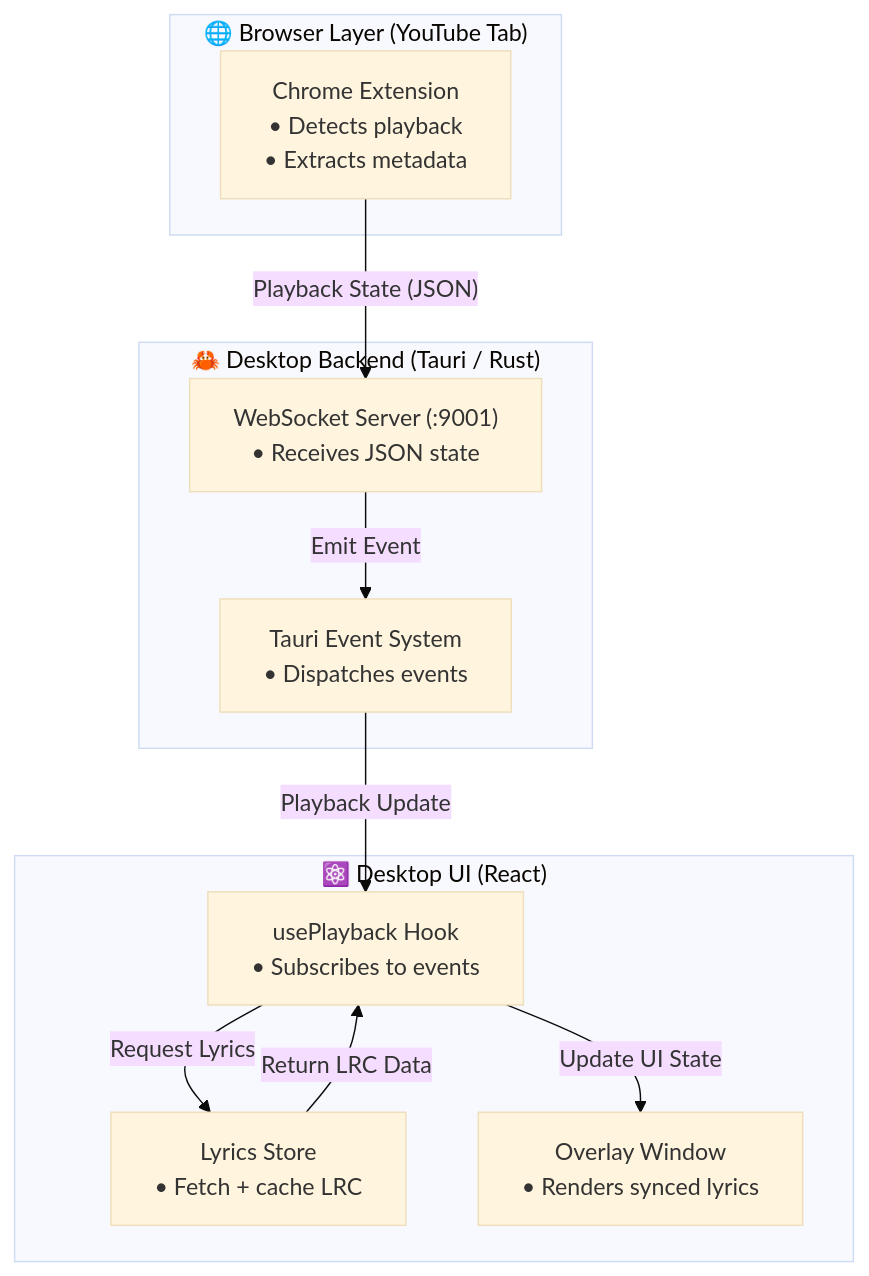
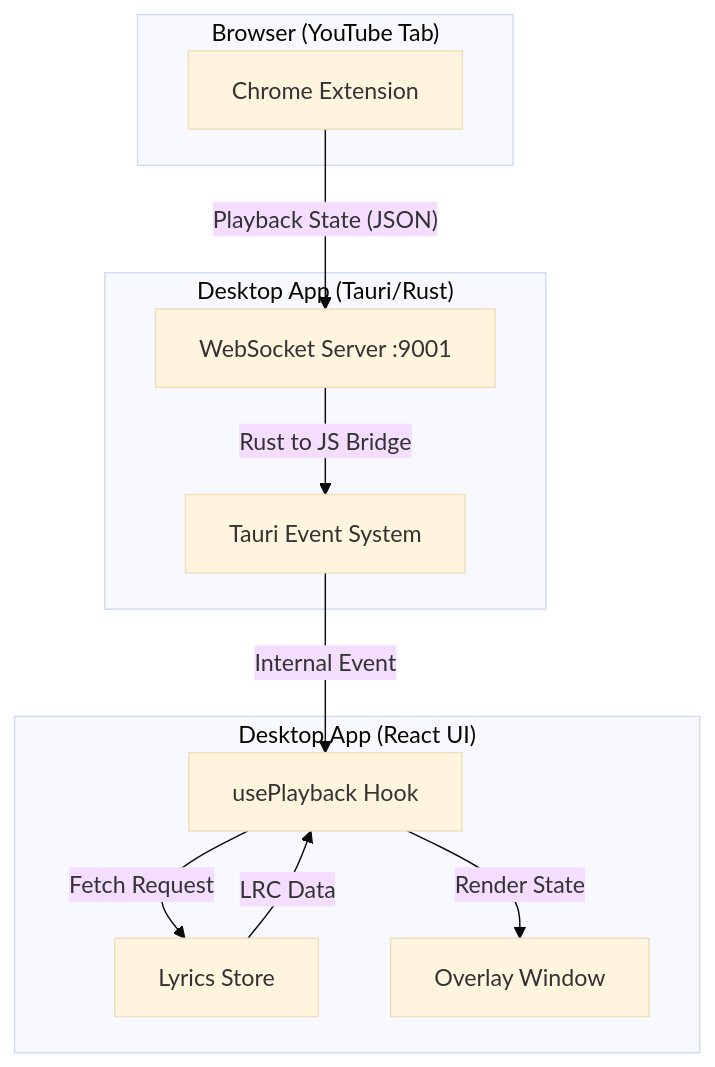
The diagram in README.md (Biki-dev/lyric-overlay), drawn with Mermaid (base theme) before and after one commit. The commit also changed other lines of this file, not shown here.

Commit message:
core logic about lrc api

````diff
--- a/README.md
+++ b/README.md
@@ -35,24 +34,24 @@
 ```mermaid
-flowchart TD
-    subgraph B["🌐 Browser Layer (YouTube Tab)"]
-        EXT["Chrome Extension\n• Detects playback\n• Extracts metadata"]
+graph TD
+    subgraph "Browser (YouTube Tab)"
+        Ext[Chrome Extension]
     end
 
-    subgraph R["🦀 Desktop Backend (Tauri / Rust)"]
-        WS["WebSocket Server (:9001)\n• Receives JSON state"]
-        EVT["Tauri Event System\n• Dispatches events"]
+    subgraph "Desktop App (Tauri/Rust)"
+        WS[WebSocket Server :9001]
+        Tauri[Tauri Event System]
     end
 
-    subgraph F["⚛️ Desktop UI (React)"]
-        HOOK["usePlayback Hook\n• Subscribes to events"]
-        STORE["Lyrics Store\n• Fetch + cache LRC"]
-        UI["Overlay Window\n• Renders synced lyrics"]
+    subgraph "Desktop App (React UI)"
+        Hook[usePlayback Hook]
+        Store[Lyrics Store]
+        UI[Overlay Window]
     end
 
-    EXT -->|"Playback State (JSON)"| WS
-    WS -->|"Emit Event"| EVT
-    EVT -->|"Playback Update"| HOOK
-    HOOK -->|"Request Lyrics"| STORE
-    STORE -->|"Return LRC Data"| HOOK
-    HOOK -->|"Update UI State"| UI
+    Ext -- "Playback State (JSON)" --> WS
+    WS -- "Rust to JS Bridge" --> Tauri
+    Tauri -- "Internal Event" --> Hook
+    Hook -- "Fetch Request" --> Store
+    Store -- "LRC Data" --> Hook
+    Hook -- "Render State" --> UI
 ```
````
